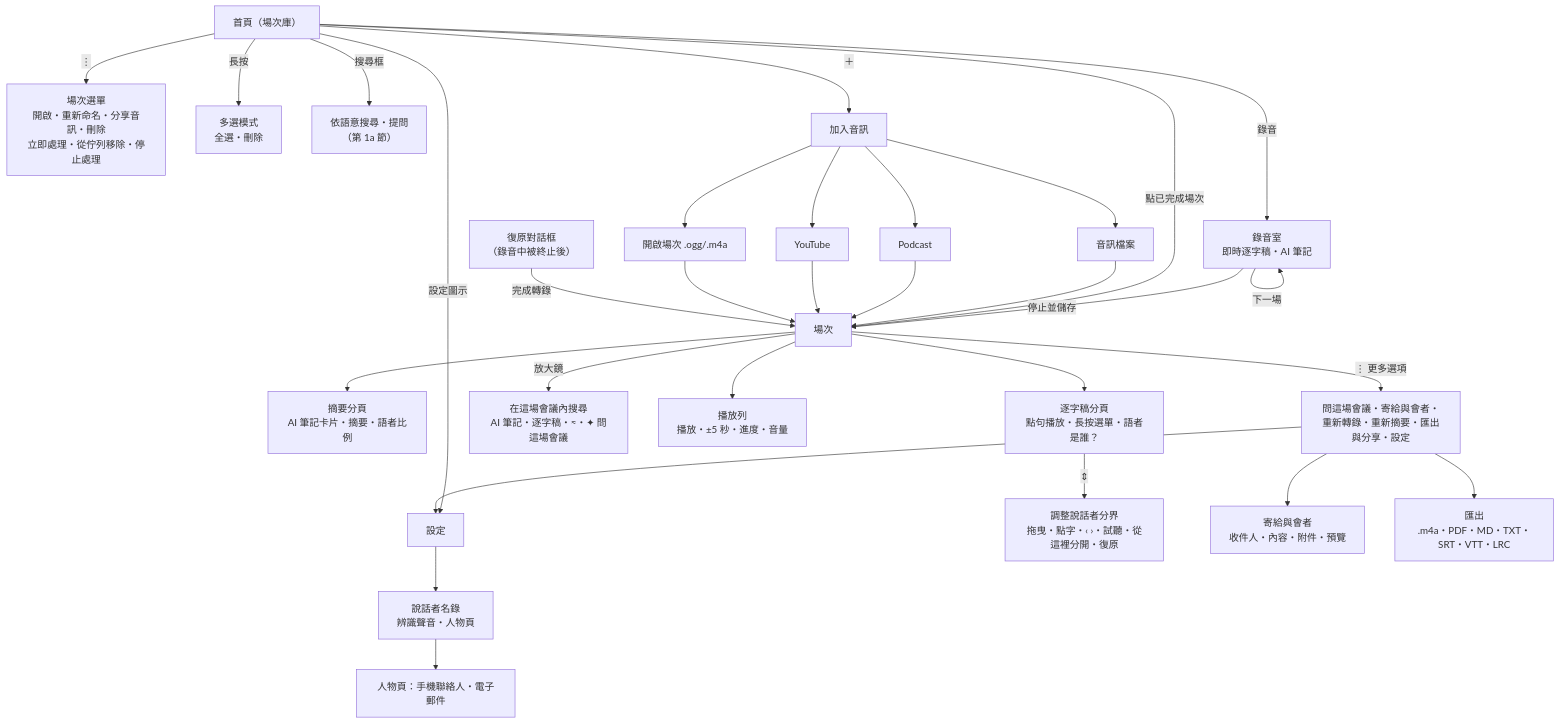
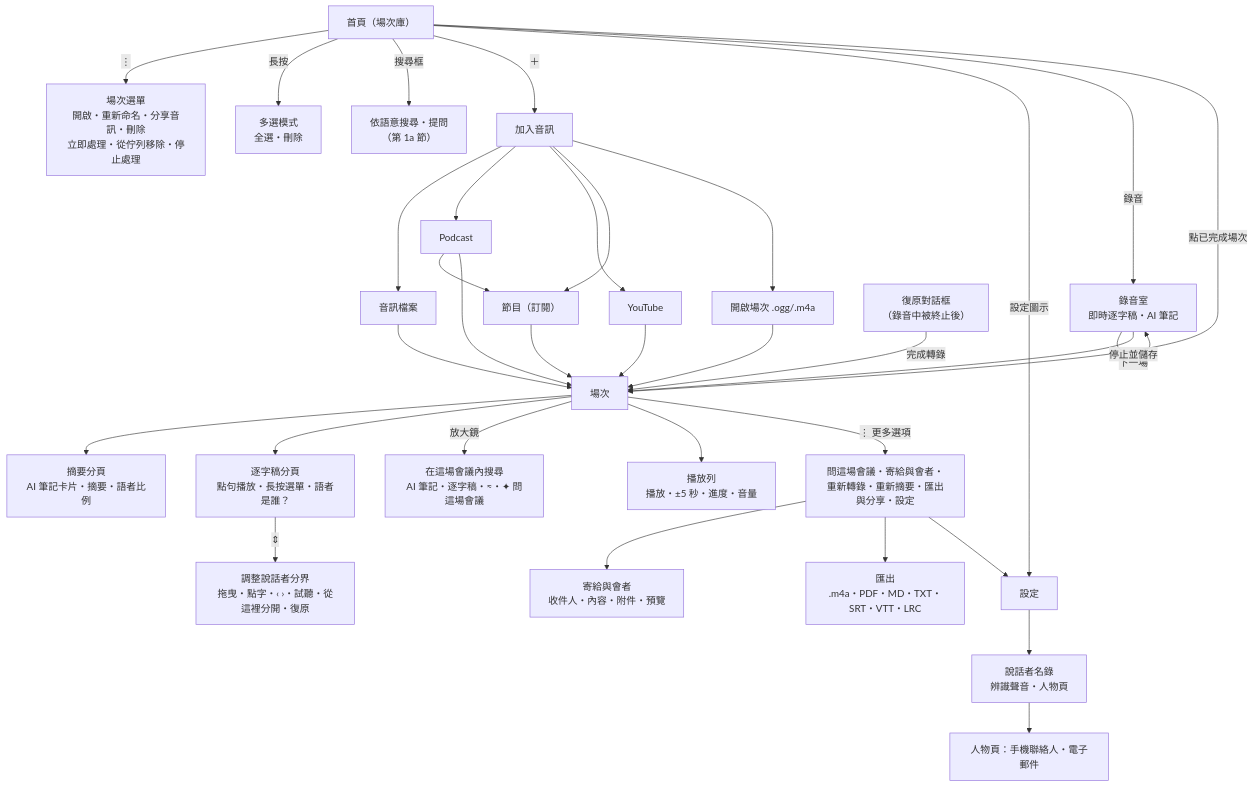
One commit to vieenrose/PrimeMinutes changed the diagram in docs/USER_GUIDE.md. Above: the diagram before and after it, drawn with Mermaid. The commit also changed other lines of this file and 4 other files, not shown here.

````diff
--- a/docs/USER_GUIDE.md
+++ b/docs/USER_GUIDE.md
@@ -12,33 +12,36 @@
 ```mermaid
 flowchart TD
     Home["首頁（場次庫）"]
     Home -->|"⋮"| RowMenu["場次選單<br/>開啟・重新命名・分享音訊・刪除<br/>立即處理・從佇列移除・停止處理"]
     Home -->|長按| Select["多選模式<br/>全選・刪除"]
     Home -->|搜尋框| Search["依語意搜尋・提問<br/>（第 1a 節）"]
     Home -->|＋| Add["加入音訊"]
     Add --> File["音訊檔案"]
     Add --> Podcast["Podcast"]
     Add --> YouTube["YouTube"]
+    Add --> Shows["節目（訂閱）"]
+    Podcast --> Shows
     Add --> Open["開啟場次 .ogg/.m4a"]
     Home -->|設定圖示| Settings["設定"]
     Home -->|錄音| Booth["錄音室<br/>即時逐字稿・AI 筆記"]
     Booth -->|下一場| Booth
     Booth -->|停止並儲存| Session
     Home -->|點已完成場次| Session["場次"]
     File --> Session
     Podcast --> Session
     YouTube --> Session
+    Shows --> Session
     Open --> Session
     Session --> Summary["摘要分頁<br/>AI 筆記卡片・摘要・語者比例"]
     Settings --> People["說話者名錄<br/>辨識聲音・人物頁"]
     People --> Contact["人物頁：手機聯絡人・電子郵件"]
     Session --> Transcript["逐字稿分頁<br/>點句播放・長按選單・語者是誰？"]
     Session -->|"放大鏡"| InSearch["在這場會議內搜尋<br/>AI 筆記・逐字稿・≈・✦ 問這場會議"]
     Transcript -->|"⇕"| Boundary["調整說話者分界<br/>拖曳・點字・‹ ›・試聽・從這裡分開・復原"]
     Session --> Player["播放列<br/>播放・±5 秒・進度・音量"]
     Session -->|"⋮ 更多選項"| More["問這場會議・寄給與會者・重新轉錄・重新摘要・匯出與分享・設定"]
     More --> Mail["寄給與會者<br/>收件人・內容・附件・預覽"]
     More --> Export["匯出<br/>.m4a・PDF・MD・TXT・SRT・VTT・LRC"]
     More --> Settings
     Recovery["復原對話框<br/>（錄音中被終止後）"] -->|完成轉錄| Session
 ```
````
